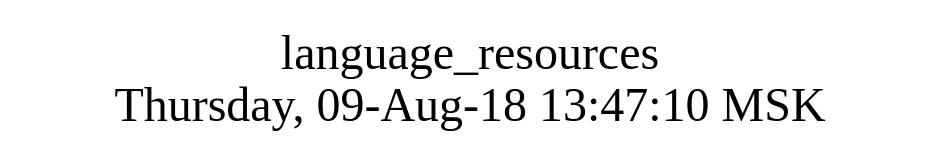
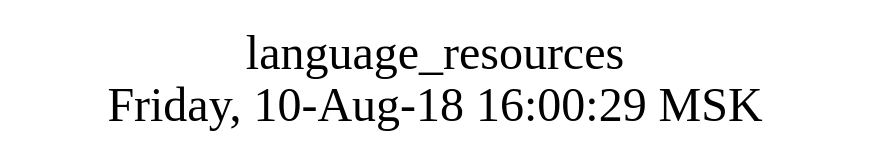
One commit to AplaProject/apps changed the diagram in src/language_resources/struct.dot. Above: the diagram before and after it, drawn with Graphviz. The commit also changed 25 other files, not shown here.

```diff
--- a/src/language_resources/struct.dot
+++ b/src/language_resources/struct.dot
@@ -1,10 +1,10 @@
 digraph G {
 graph [
   fontsize="24";
-  label="language_resources\nThursday, 09-Aug-18 13:47:10 MSK";
+  label="language_resources\nFriday, 10-Aug-18 16:00:29 MSK";
   nojustify=true;
   ordering=out;
   rankdir=LR;
   size="30";
 ];
 }
```
